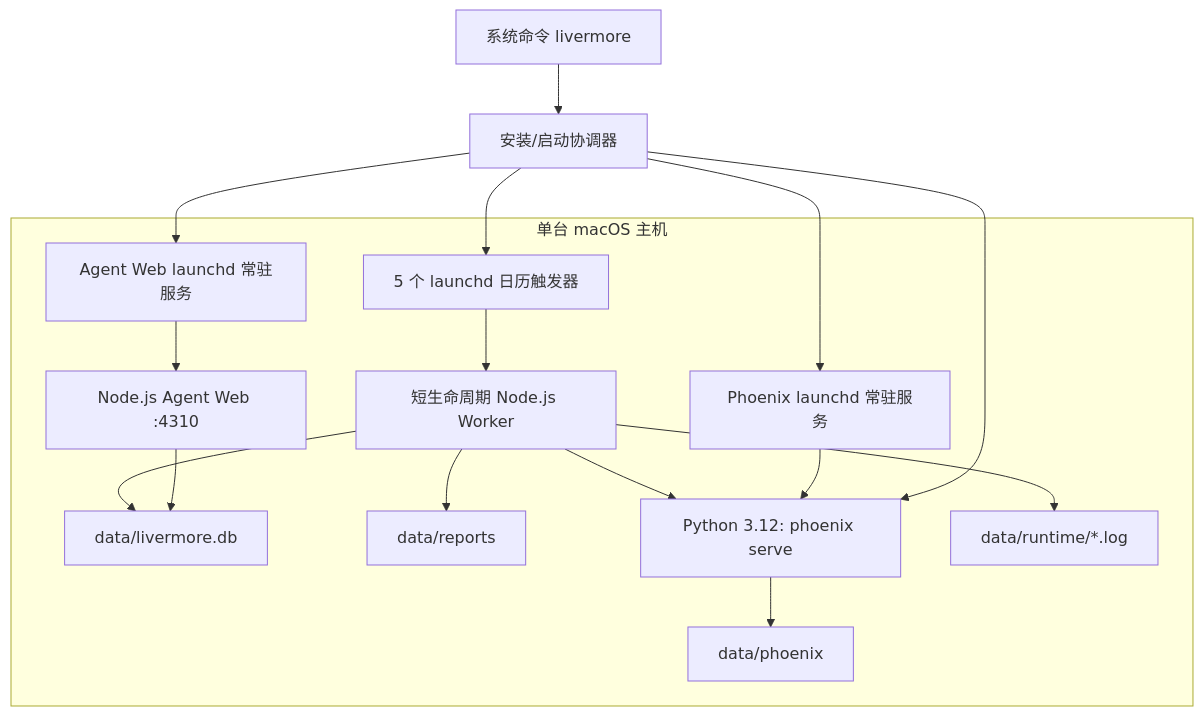
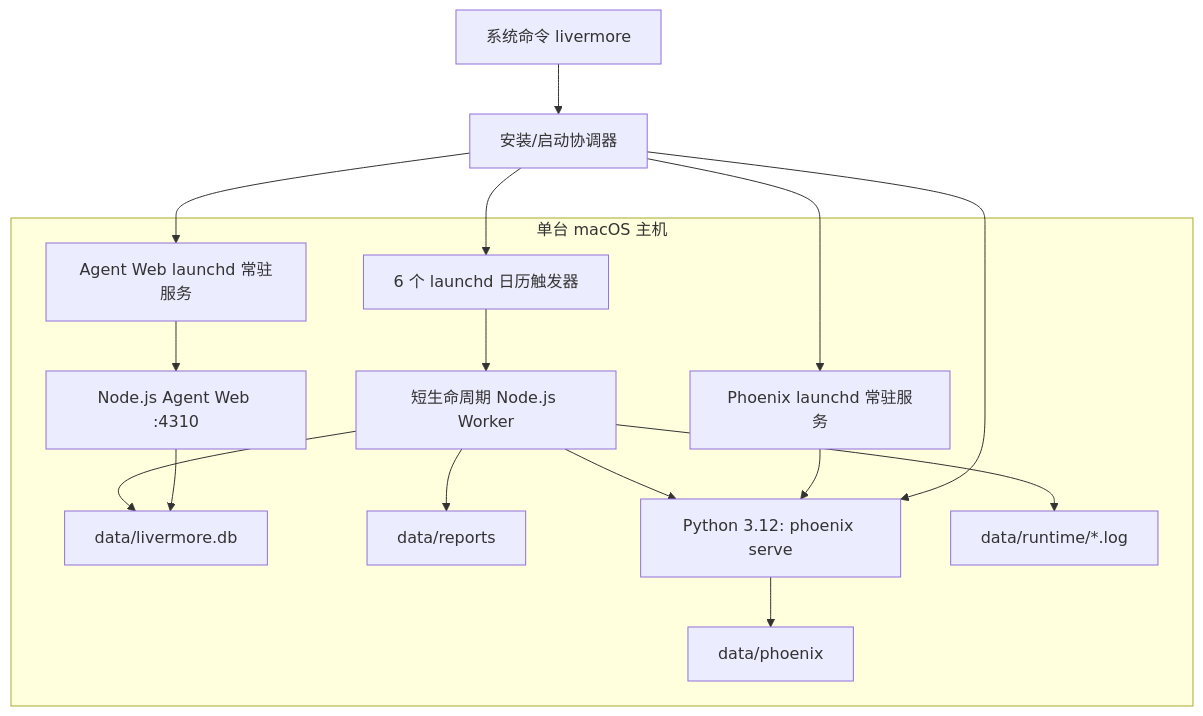
One commit to fishisnow/livermore changed the fifth of 5 diagrams in docs/ARCHITECTURE.md. Above: the diagram before and after it, drawn with Mermaid. The commit also changed other lines of this file and 24 other files, not shown here.

````diff
--- a/docs/ARCHITECTURE.md
+++ b/docs/ARCHITECTURE.md
@@ -158,29 +189,29 @@
 ```mermaid
 flowchart TB
     Terminal["系统命令 livermore"] --> Bootstrap["安装/启动协调器"]
     subgraph Mac["单台 macOS 主机"]
-      Launchd["5 个 launchd 日历触发器"]
+      Launchd["6 个 launchd 日历触发器"]
       PhoenixLaunchd["Phoenix launchd 常驻服务"]
       WebLaunchd["Agent Web launchd 常驻服务"]
       WebProcess["Node.js Agent Web :4310"]
       Node["短生命周期 Node.js Worker"]
       AppDB["data/livermore.db"]
       Files["data/reports"]
       PhoenixProcess["Python 3.12: phoenix serve"]
       TraceDB["data/phoenix"]
       Logs["data/runtime/*.log"]
       Launchd --> Node
       Node --> AppDB
       Node --> Files
       Node --> PhoenixProcess
       PhoenixProcess --> TraceDB
       Node --> Logs
       PhoenixLaunchd --> PhoenixProcess
       WebLaunchd --> WebProcess
       WebProcess --> AppDB
     end
     Bootstrap --> Launchd
     Bootstrap --> PhoenixLaunchd
     Bootstrap --> WebLaunchd
     Bootstrap --> PhoenixProcess
 ```
````
